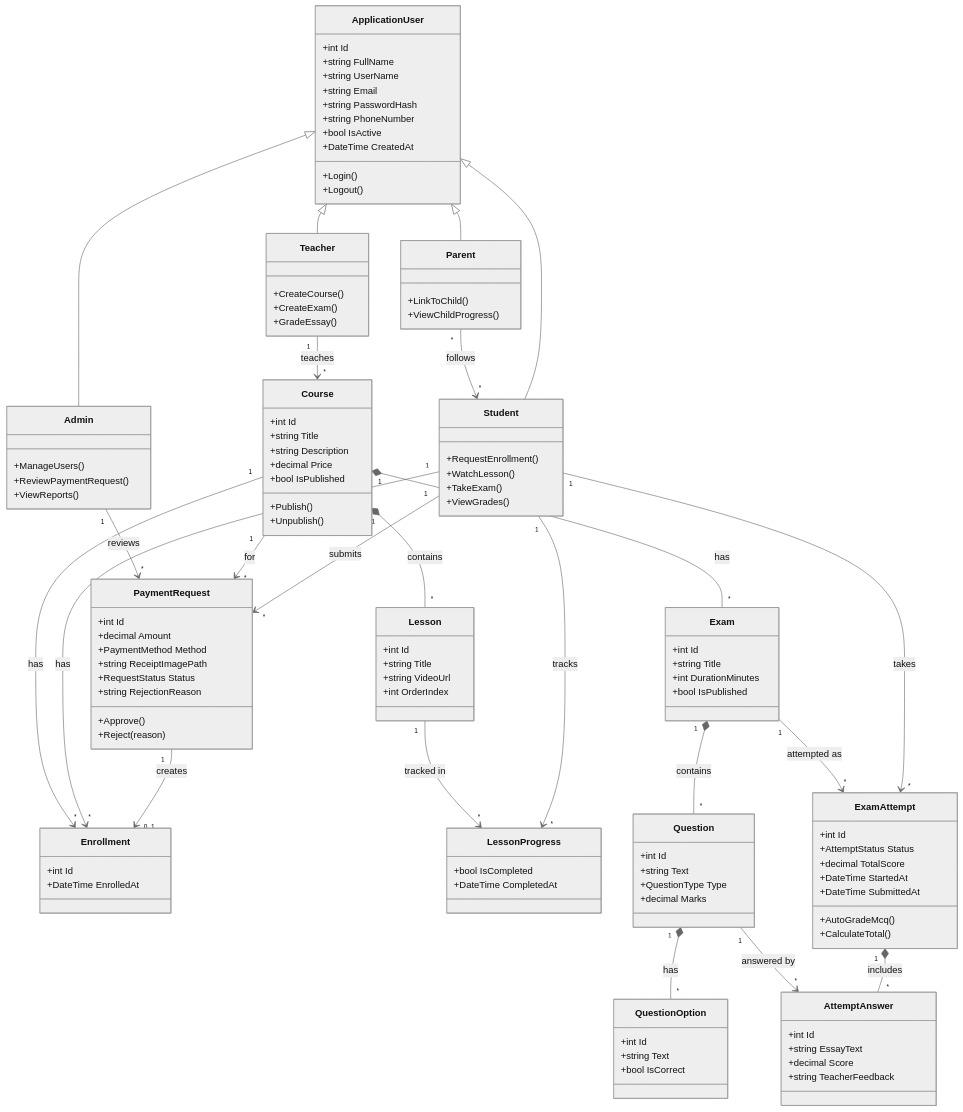
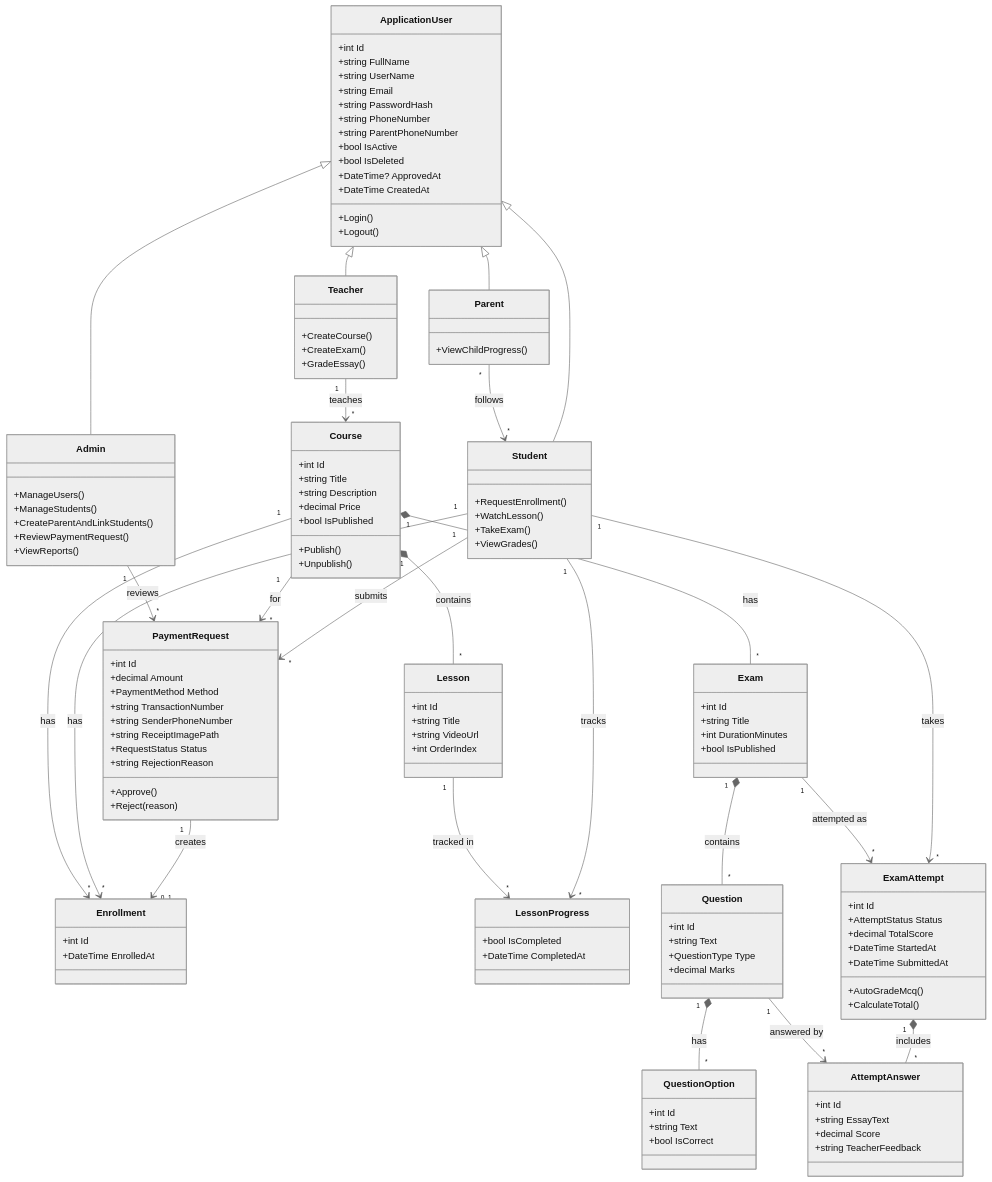
The diagram in docs/4-analysis-design/10-class-diagram.md (MohamedHany1n/Educational-Platform), drawn with Mermaid (neutral theme) before and after one commit. The commit also changed 14 other files, not shown here.

Commit message:
docs: sync documentation with admin students and parents features and payment transaction number

```diff
--- a/docs/4-analysis-design/10-class-diagram.md
+++ b/docs/4-analysis-design/10-class-diagram.md
@@ -9,13 +9,18 @@
         +string Email
         +string PasswordHash
         +string PhoneNumber
+        +string ParentPhoneNumber
         +bool IsActive
+        +bool IsDeleted
+        +DateTime? ApprovedAt
         +DateTime CreatedAt
         +Login()
         +Logout()
     }
     class Admin {
         +ManageUsers()
+        +ManageStudents()
+        +CreateParentAndLinkStudents()
         +ReviewPaymentRequest()
         +ViewReports()
     }
@@ -31,7 +36,6 @@
         +ViewGrades()
     }
     class Parent {
-        +LinkToChild()
         +ViewChildProgress()
     }
     class Course {
@@ -53,6 +57,8 @@
         +int Id
         +decimal Amount
         +PaymentMethod Method
+        +string TransactionNumber
+        +string SenderPhoneNumber
         +string ReceiptImagePath
         +RequestStatus Status
         +string RejectionReason
```
